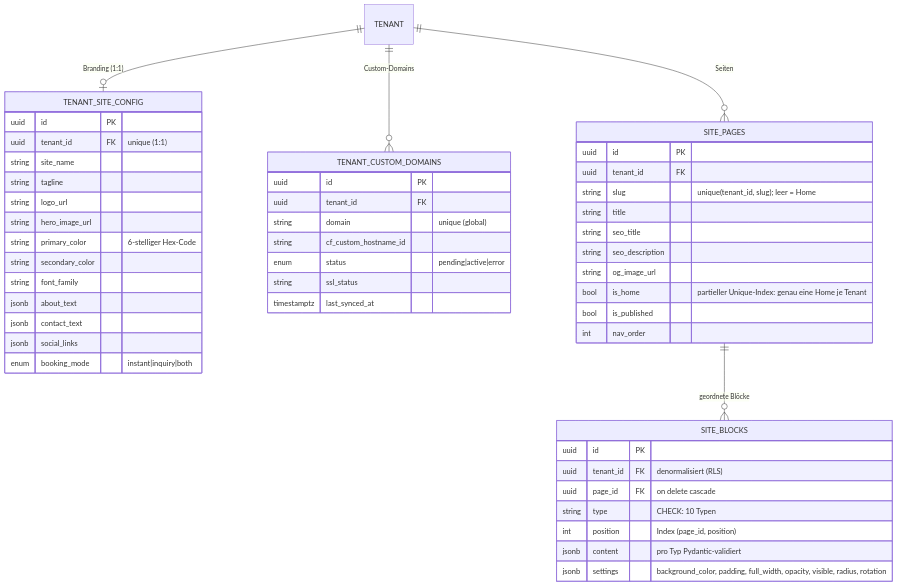
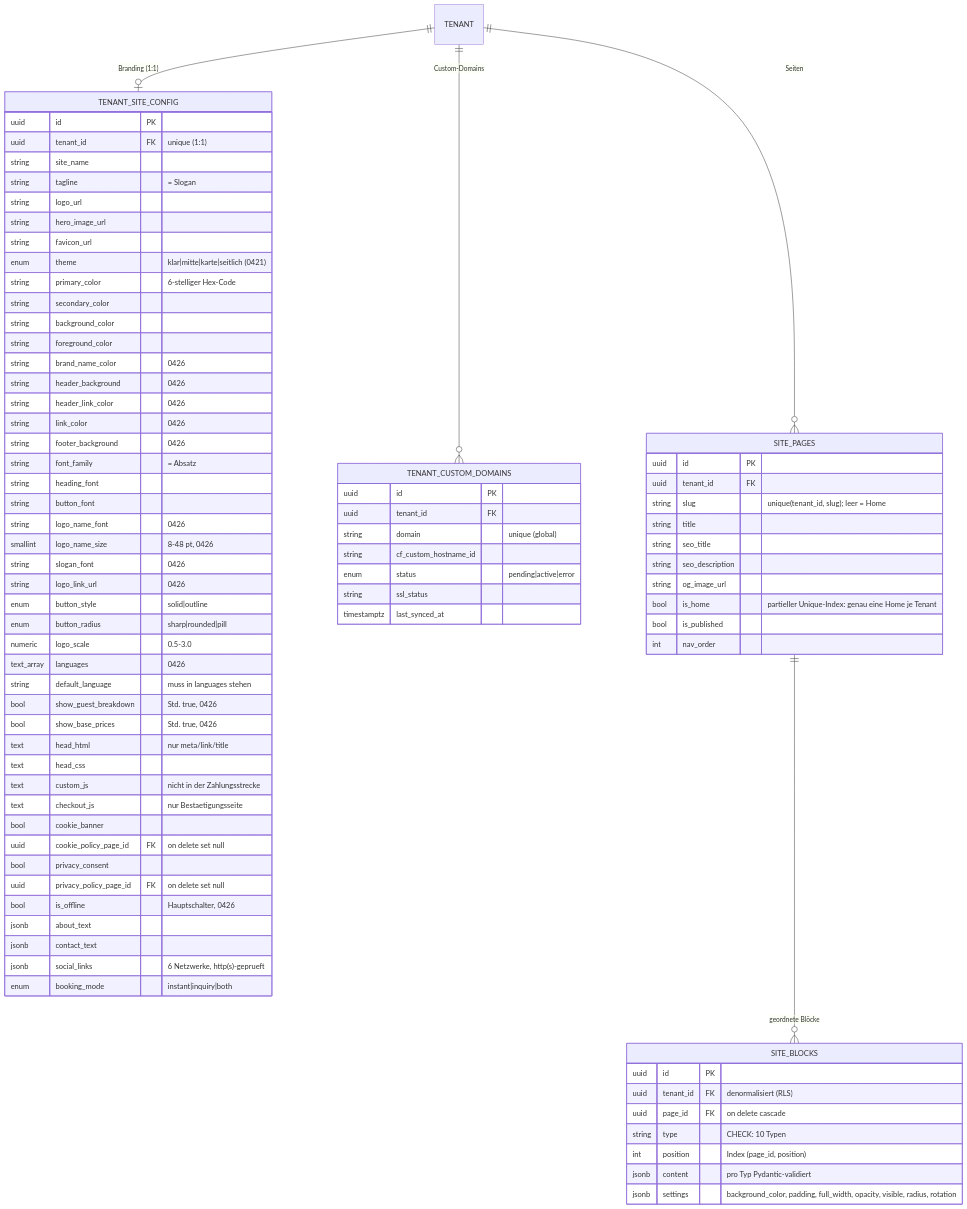
One commit to Andy1234567890-cmyk/NextDays changed diagram 19 of 20 in docs/ARCHITECTURE.md. Above: the diagram before and after it, drawn with Mermaid. The commit also changed other lines of this file and 250 other files, not shown here.

```diff
--- a/docs/ARCHITECTURE.md
+++ b/docs/ARCHITECTURE.md
@@ -2333,15 +2381,46 @@
         uuid id PK
         uuid tenant_id FK "unique (1:1)"
         string site_name
-        string tagline
+        string tagline "= Slogan"
         string logo_url
         string hero_image_url
+        string favicon_url
+        enum theme "klar|mitte|karte|seitlich (0421)"
         string primary_color "6-stelliger Hex-Code"
         string secondary_color
-        string font_family
+        string background_color
+        string foreground_color
+        string brand_name_color "0426"
+        string header_background "0426"
+        string header_link_color "0426"
+        string link_color "0426"
+        string footer_background "0426"
+        string font_family "= Absatz"
+        string heading_font
+        string button_font
+        string logo_name_font "0426"
+        smallint logo_name_size "8-48 pt, 0426"
+        string slogan_font "0426"
+        string logo_link_url "0426"
+        enum button_style "solid|outline"
+        enum button_radius "sharp|rounded|pill"
+        numeric logo_scale "0.5-3.0"
+        text_array languages "0426"
+        string default_language "muss in languages stehen"
+        bool show_guest_breakdown "Std. true, 0426"
+        bool show_base_prices "Std. true, 0426"
+        text head_html "nur meta/link/title"
+        text head_css
+        text custom_js "nicht in der Zahlungsstrecke"
+        text checkout_js "nur Bestaetigungsseite"
+        bool cookie_banner
+        uuid cookie_policy_page_id FK "on delete set null"
+        bool privacy_consent
+        uuid privacy_policy_page_id FK "on delete set null"
+        bool is_offline "Hauptschalter, 0426"
         jsonb about_text
         jsonb contact_text
-        jsonb social_links
+        jsonb social_links "6 Netzwerke, http(s)-geprueft"
         enum booking_mode "instant|inquiry|both"
     }
     TENANT_CUSTOM_DOMAINS {
```
